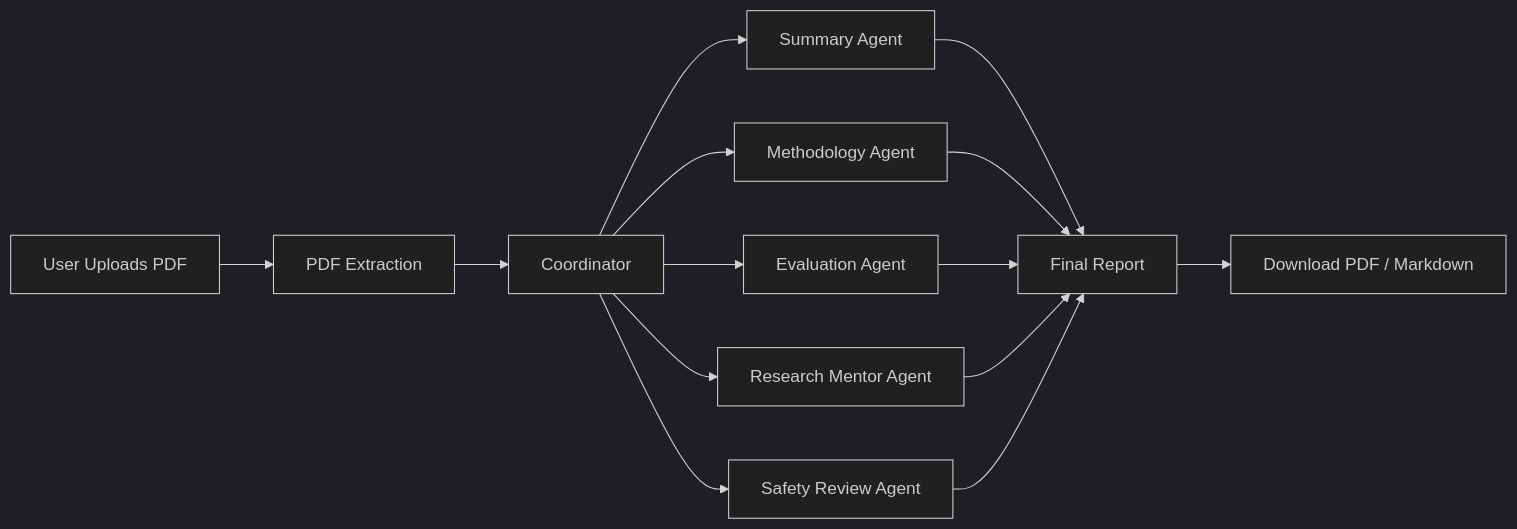
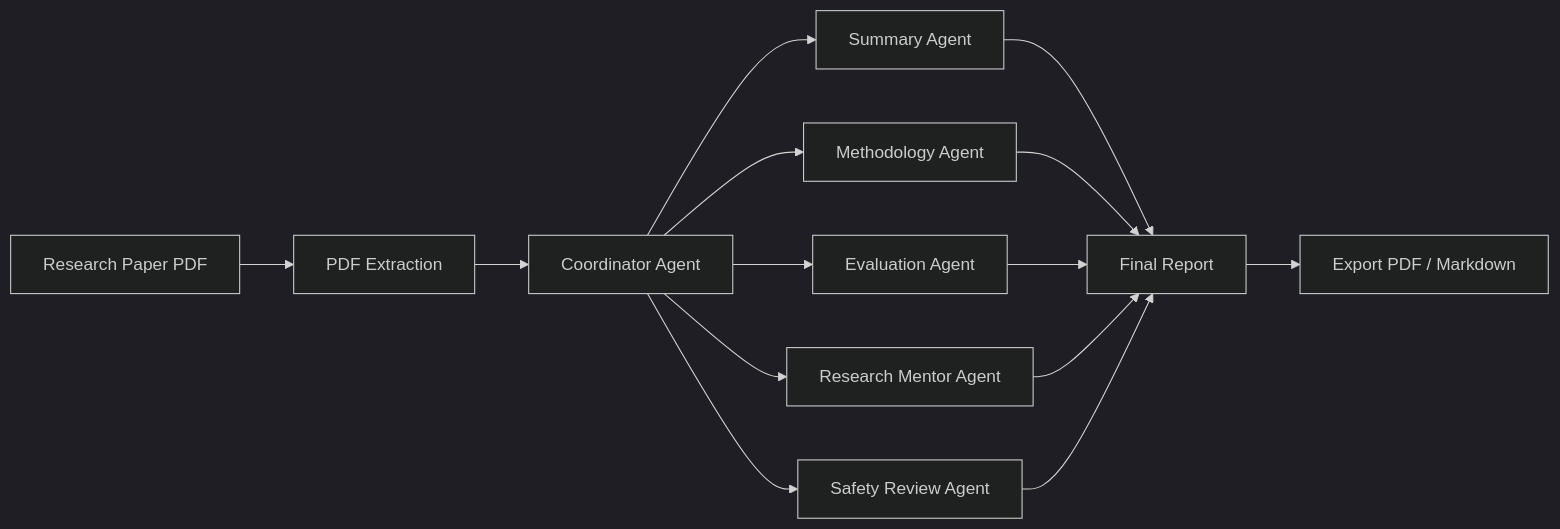
One commit to rinviriti/ResearchMate-AI changed the diagram in README.md. Above: the diagram before and after it, drawn with Mermaid (dark theme). The commit also changed other lines of this file, not shown here.

````diff
--- a/README.md
+++ b/README.md
@@ -27,19 +27,22 @@
 ```mermaid
 flowchart LR
-    A["User Uploads PDF"] --> B["PDF Extraction"]
-    B --> C["Coordinator"]
 
-    C --> D["Summary Agent"]
-    C --> E["Methodology Agent"]
-    C --> F["Evaluation Agent"]
-    C --> G["Research Mentor Agent"]
-    C --> H["Safety Review Agent"]
+A[Research Paper PDF]
+--> B[PDF Extraction]
 
-    D --> I["Final Report"]
-    E --> I
-    F --> I
-    G --> I
-    H --> I
+B --> C[Coordinator Agent]
 
-    I --> J["Download PDF / Markdown"]
+C --> D[Summary Agent]
+C --> E[Methodology Agent]
+C --> F[Evaluation Agent]
+C --> G[Research Mentor Agent]
+C --> H[Safety Review Agent]
+
+D --> I[Final Report]
+E --> I
+F --> I
+G --> I
+H --> I
+
+I --> J[Export PDF / Markdown]
 ```
````
